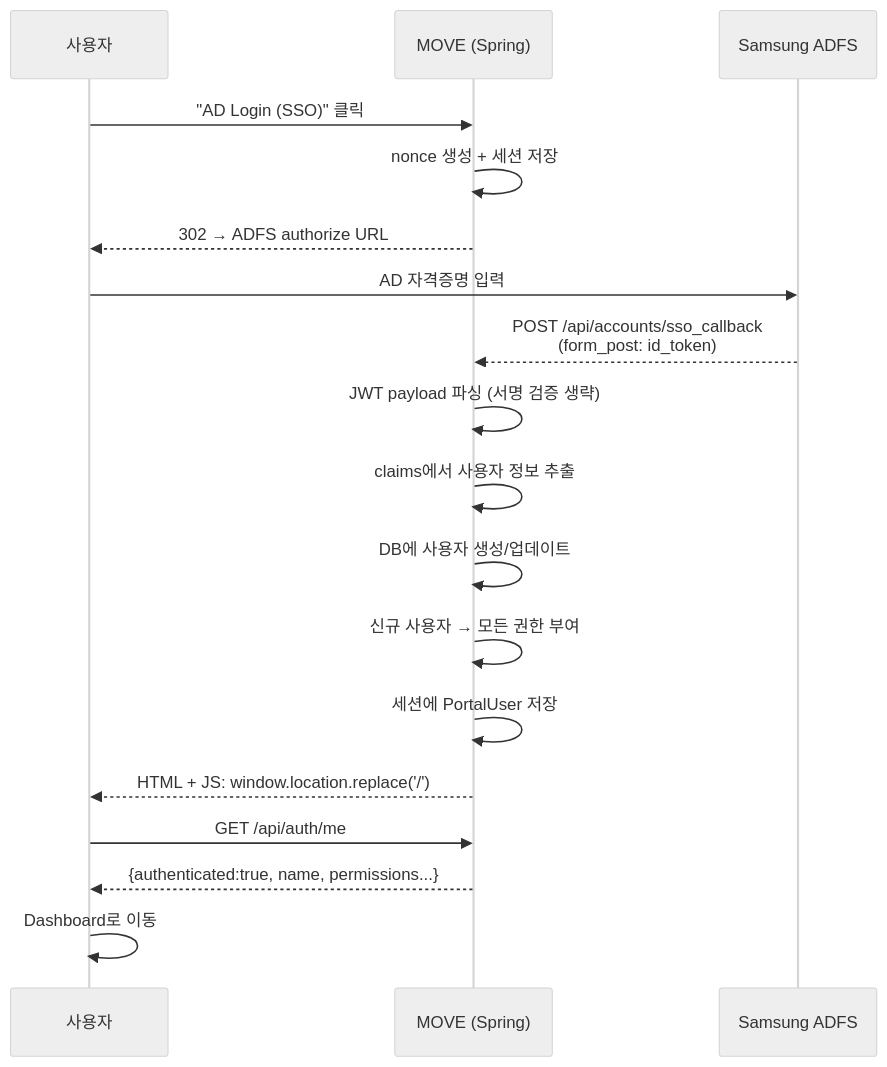
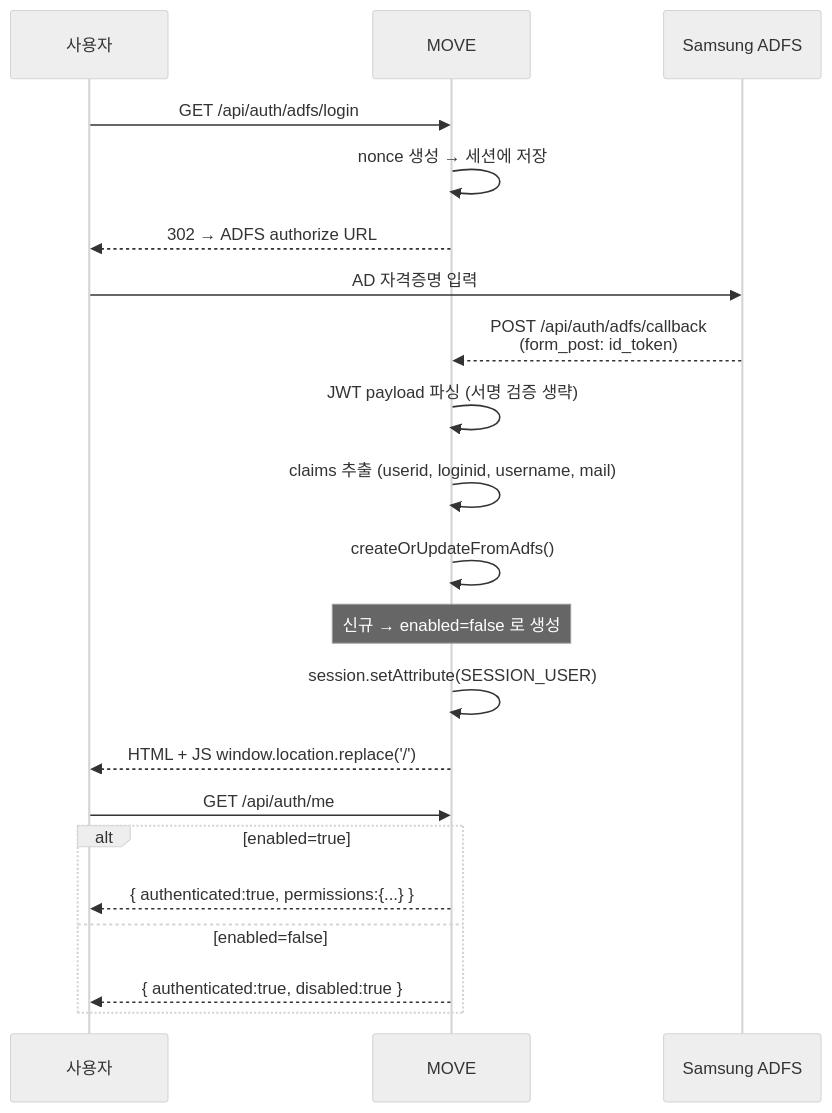
One commit to kakaromo/kakaromo.github.io changed the first of 2 diagrams in src/content/docs/architecture/authentication.md. Above: the diagram before and after it, drawn with Mermaid (neutral theme). The commit also changed other lines of this file and 1 other file, not shown here.

First line of the commit message:
docs: 인증/권한 문서 최신화 — disabled 게이트 + 접근 요청 플로우

````diff
--- a/src/content/docs/architecture/authentication.md
+++ b/src/content/docs/architecture/authentication.md
@@ -126,24 +74,27 @@
 ```mermaid
 sequenceDiagram
     participant U as 사용자
-    participant P as MOVE (Spring)
+    participant P as MOVE
     participant A as Samsung ADFS
 
-    U->>P: "AD Login (SSO)" 클릭
-    P->>P: nonce 생성 + 세션 저장
+    U->>P: GET /api/auth/adfs/login
+    P->>P: nonce 생성 → 세션에 저장
     P-->>U: 302 → ADFS authorize URL
 
     U->>A: AD 자격증명 입력
-    A-->>P: POST /api/accounts/sso_callback<br/>(form_post: id_token)
+    A-->>P: POST /api/auth/adfs/callback<br/>(form_post: id_token)
 
     P->>P: JWT payload 파싱 (서명 검증 생략)
-    P->>P: claims에서 사용자 정보 추출
-    P->>P: DB에 사용자 생성/업데이트
-    P->>P: 신규 사용자 → 모든 권한 부여
-    P->>P: 세션에 PortalUser 저장
-    P-->>U: HTML + JS: window.location.replace('/')
+    P->>P: claims 추출 (userid, loginid, username, mail)
+    P->>P: createOrUpdateFromAdfs()
+    Note over P: 신규 → enabled=false 로 생성
+    P->>P: session.setAttribute(SESSION_USER)
+    P-->>U: HTML + JS window.location.replace('/')
 
     U->>P: GET /api/auth/me
-    P-->>U: {authenticated:true, name, permissions...}
-    U->>U: Dashboard로 이동
+    alt enabled=true
+        P-->>U: { authenticated:true, permissions:{...} }
+    else enabled=false
+        P-->>U: { authenticated:true, disabled:true }
+    end
 ```
````
